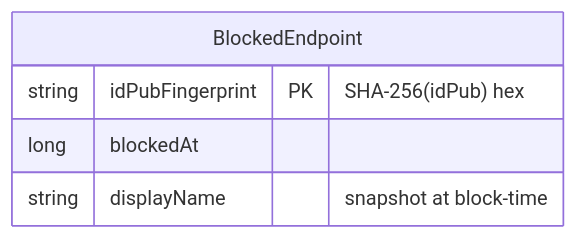
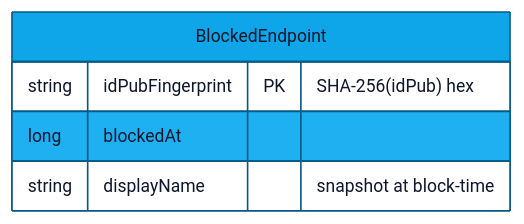
One commit to showerideas/Aura changed the first of 2 diagrams in docs/features/14-blocklist.md. Above: the diagram before and after it, drawn with Mermaid. The commit also changed other lines of this file and 31 other files, not shown here.

First line of the commit message:
docs: unify mermaid theme + tighten README front-face

````diff
--- a/docs/features/14-blocklist.md
+++ b/docs/features/14-blocklist.md
@@ -9,8 +9,20 @@
 ```mermaid
+%%{init: {'theme':'base','themeVariables':{
+  'fontFamily':'ui-monospace, SFMono-Regular, Menlo, Monaco, monospace',
+  'fontSize':'14px',
+  'primaryColor':'#0EA5E9',
+  'primaryTextColor':'#0F172A',
+  'primaryBorderColor':'#075985',
+  'lineColor':'#475569',
+  'secondaryColor':'#F1F5F9',
+  'tertiaryColor':'#FAFAF9',
+  'clusterBkg':'#F8FAFC',
+  'clusterBorder':'#CBD5E1'
+},'flowchart':{'curve':'basis','nodeSpacing':40,'rankSpacing':50,'padding':12},'sequence':{'actorMargin':50,'boxMargin':10,'noteMargin':10,'messageMargin':35}}}%%
 erDiagram
     BlockedEndpoint {
         string idPubFingerprint PK "SHA-256(idPub) hex"
         long blockedAt
         string displayName "snapshot at block-time"
     }
 ```
````
